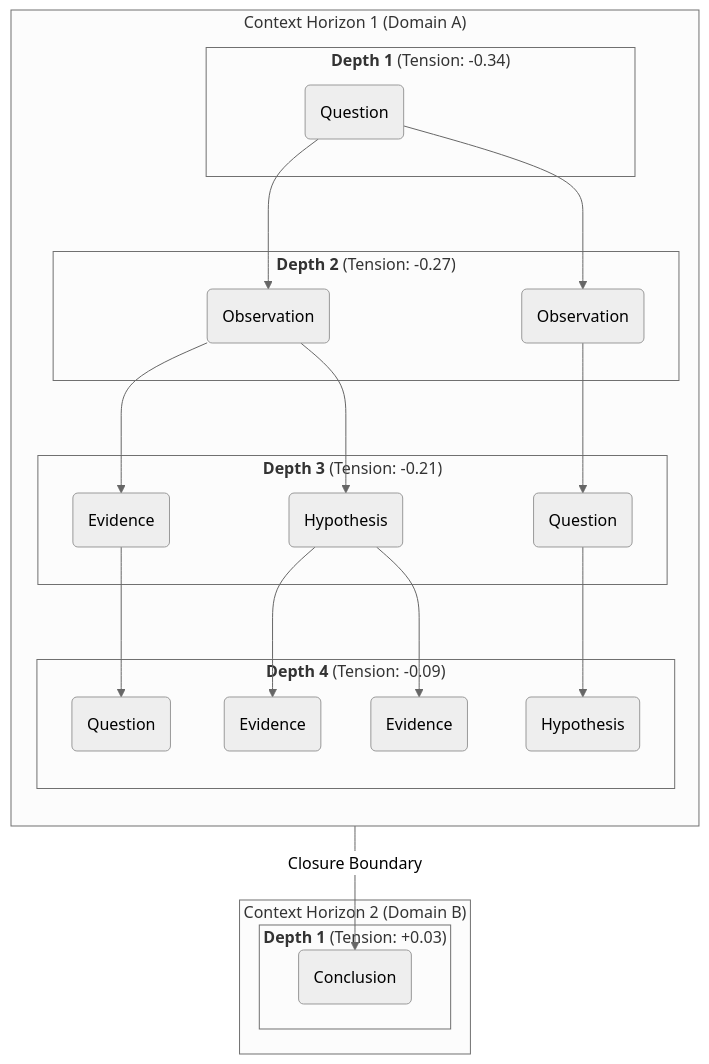
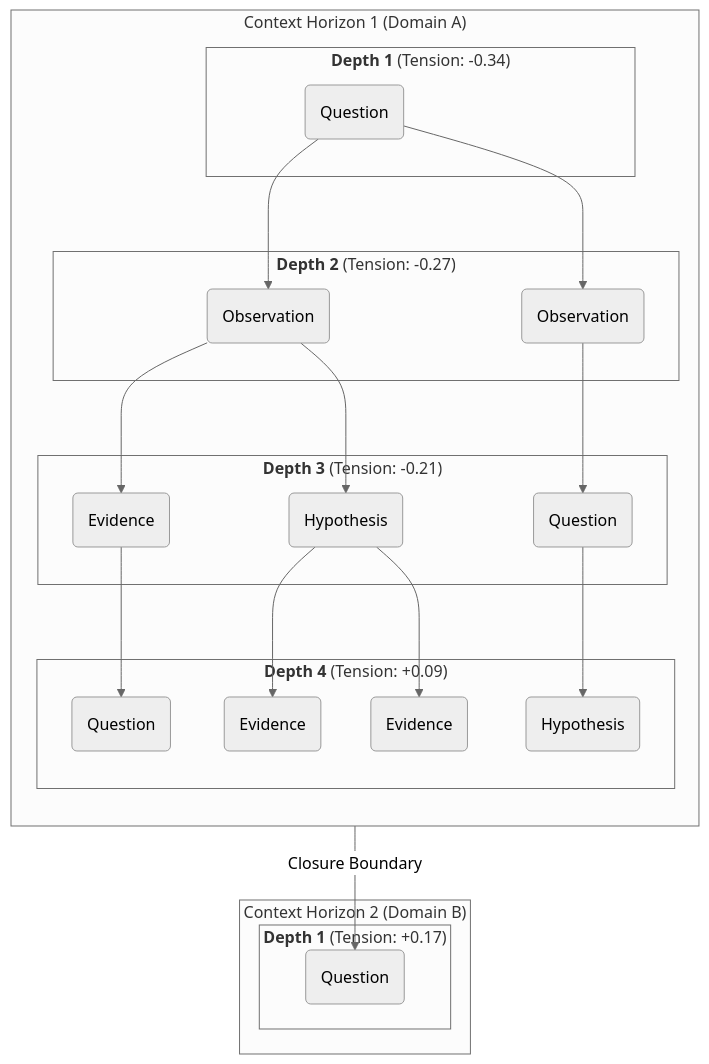
Before and after one commit to clairemira/miranova: the second of 13 diagrams in content/commons.mdx, drawn with Mermaid. The commit also changed other lines of this file and 15 other files, not shown here.

Commit message:
Added chart for mecw demonstration

````diff
--- a/content/commons.mdx
+++ b/content/commons.mdx
@@ -280,56 +281,58 @@
 ```mermaid
 ---
 config:
   flowchart:
     curve: basis
   theme: neutral
 ---
 graph TD
 
   subgraph CH1["Context Horizon 1 (Domain A)"]
     direction TB
 
-    subgraph D0["<strong>Depth 1</strong> (Tension: -0.34)"]
-      A("Question"):::committal
+    subgraph D1["<strong>Depth 1</strong> (Tension: -0.34)"]
+      A("Question")
     end
 
-    subgraph D1["<strong>Depth 2</strong> (Tension: -0.27)"]
-      B("Observation"):::committal
+    subgraph D2["<strong>Depth 2</strong> (Tension: -0.27)"]
+      B("Observation")
       C("Observation")
     end
 
-    subgraph D2["<strong>Depth 3</strong> (Tension: -0.21)"]
+    subgraph D3["<strong>Depth 3</strong> (Tension: -0.21)"]
       D("Evidence")
-      E("Hypothesis"):::committal
+      E("Hypothesis")
       F("Question")
     end
 
-    subgraph D3["<strong>Depth 4</strong> (Tension: -0.09)"]
+    subgraph D4["<strong>Depth 4</strong> (Tension: +0.09)"]
       G("Question")
       H("Evidence")
-      I("Evidence"):::committal
+      I("Evidence")
       J("Hypothesis")
     end
 
     A --> B
     A --> C
 
     B --> D
     B --> E
     C --> F
 
     D --> G
     E --> H
     E --> I
     F --> J
   end
 
   subgraph CH2["Context Horizon 2 (Domain B)"]
-    subgraph D4["<strong>Depth 1</strong> (Tension: +0.03)"]
-      K("Conclusion"):::committal
+    subgraph D5["<strong>Depth 1</strong> (Tension: +0.17)"]
+      K("Question"):::expressive
     end
   end
 
   I -->|"Closure Boundary"| K
 
+  class A,B,E,I,K committal
+
 ```
````
